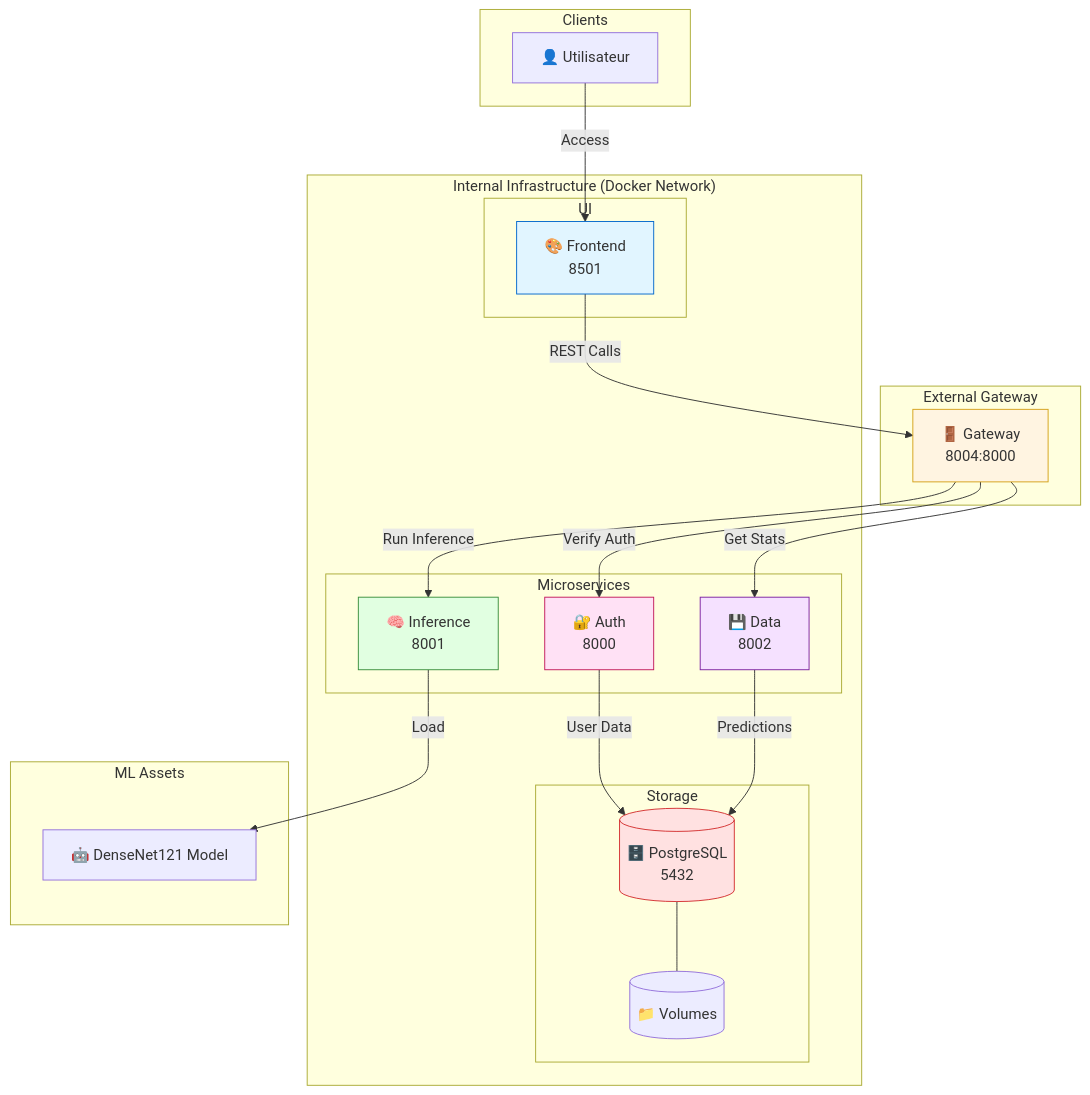
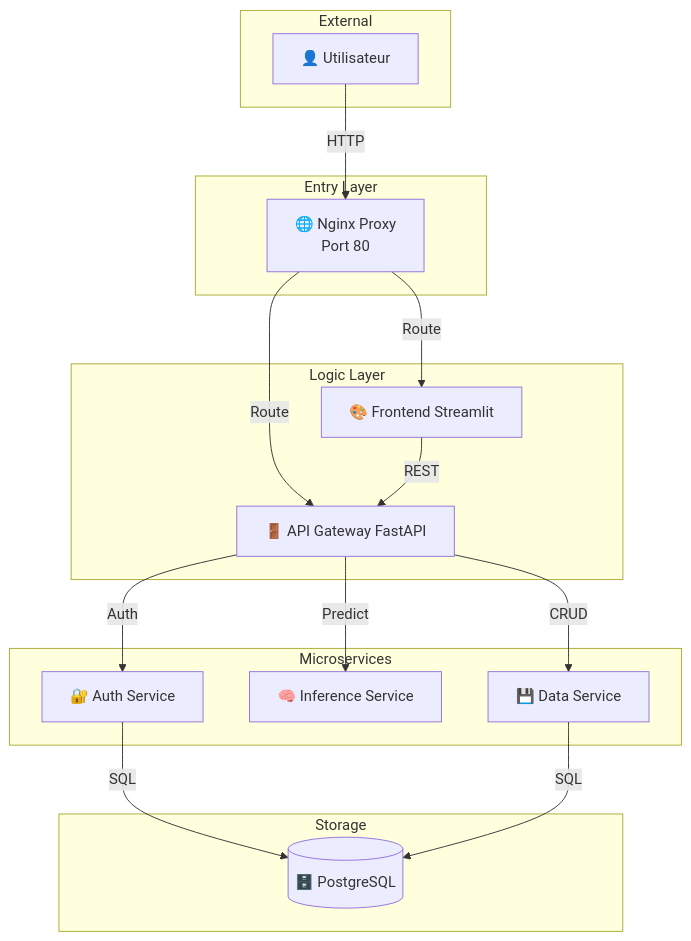
Before and after one commit to mnjaay/DL-CancerDuSein: the first of 2 diagrams in ARCHITECTURE.md, drawn with Mermaid. The commit also changed other lines of this file and 4 other files, not shown here.

````diff
--- a/ARCHITECTURE.md
+++ b/ARCHITECTURE.md
@@ -24,49 +22,34 @@
 ```mermaid
 graph TB
-    subgraph "Clients"
+    subgraph "External"
         U[👤 Utilisateur]
     end
-
-    subgraph "External Gateway"
-        G[🚪 Gateway<br/>8004:8000]
+    
+    subgraph "Entry Layer"
+        NX[🌐 Nginx Proxy<br/>Port 80]
     end
 
-    subgraph "Internal Infrastructure (Docker Network)"
-        subgraph "UI"
-            F[🎨 Frontend<br/>8501]
-        end
-
-        subgraph "Microservices"
-            A[🔐 Auth<br/>8000]
-            I[🧠 Inference<br/>8001]
-            D[💾 Data<br/>8002]
-        end
-
-        subgraph "Storage"
-            DB[(🗄️ PostgreSQL<br/>5432)]
-            V[(📁 Volumes)]
-        end
+    subgraph "Logic Layer"
+        F[🎨 Frontend Streamlit]
+        G[🚪 API Gateway FastAPI]
+    end
+    
+    subgraph "Microservices"
+        A[🔐 Auth Service]
+        I[🧠 Inference Service]
+        D[💾 Data Service]
+    end
+    
+    subgraph "Storage"
+        DB[(🗄️ PostgreSQL)]
     end
 
-    subgraph "ML Assets"
-        M[🤖 DenseNet121 Model]
-    end
-
-    U -->|Access| F
-    F -->|REST Calls| G
-    G -->|Verify Auth| A
-    G -->|Run Inference| I
-    G -->|Get Stats| D
-    
-    A -->|User Data| DB
-    D -->|Predictions| DB
-    DB --- V
-    I -->|Load| M
-
-    style G fill:#fff4e1,stroke:#d4a017
-    style F fill:#e1f5ff,stroke:#0066cc
-    style A fill:#ffe1f5,stroke:#c2185b
-    style I fill:#e1ffe1,stroke:#388e3c
-    style D fill:#f5e1ff,stroke:#7b1fa2
-    style DB fill:#ffe1e1,stroke:#d32f2f
+    U -->|HTTP| NX
+    NX -->|Route| F
+    NX -->|Route| G
+    F -->|REST| G
+    G -->|Auth| A
+    G -->|Predict| I
+    G -->|CRUD| D
+    A & D -->|SQL| DB
 ```
````
